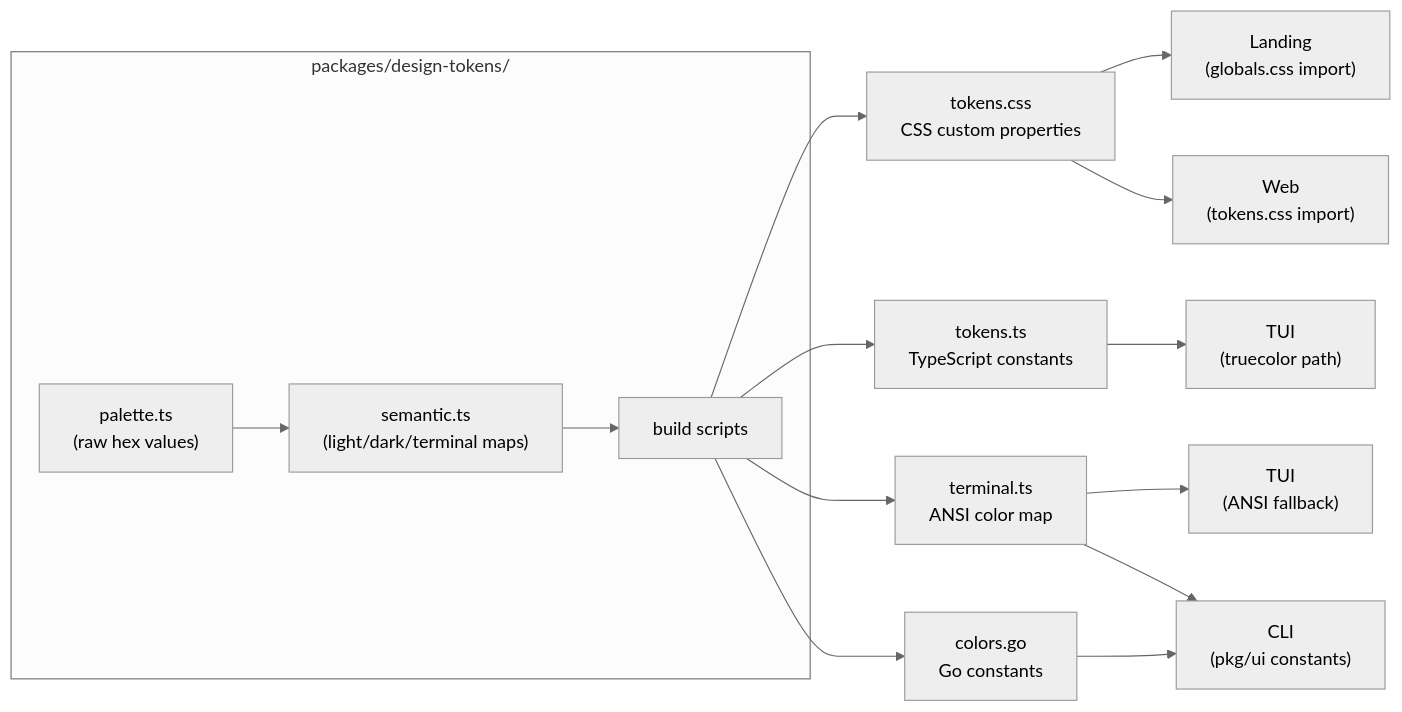
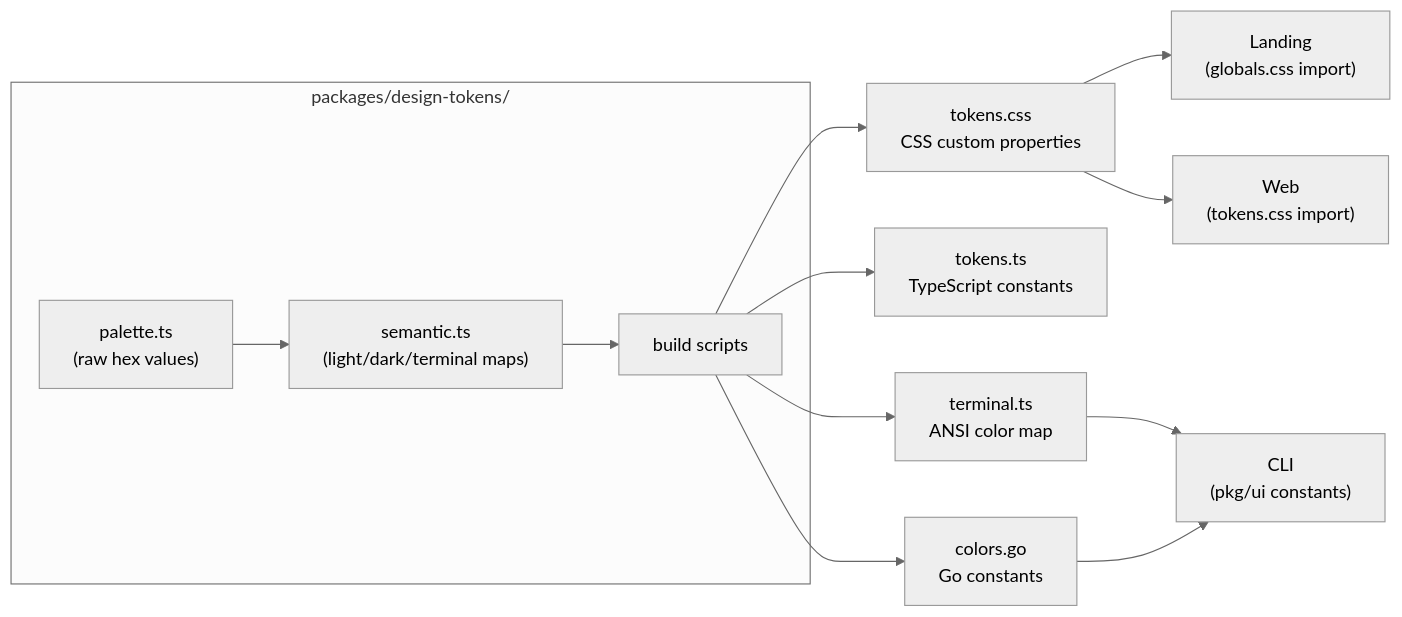
Before and after one commit to rpuneet/bc: the second of 4 diagrams in docs/explanation/design-system.md, drawn with Mermaid (neutral theme). The commit also changed other lines of this file and 59 other files, not shown here.

````diff
--- a/docs/explanation/design-system.md
+++ b/docs/explanation/design-system.md
@@ -212,23 +211,21 @@
 ```mermaid
 flowchart LR
     subgraph "packages/design-tokens/"
         PALETTE["palette.ts\n(raw hex values)"]
         SEMANTIC["semantic.ts\n(light/dark/terminal maps)"]
         BUILD["build scripts"]
     end
 
     PALETTE --> SEMANTIC
     SEMANTIC --> BUILD
 
     BUILD --> CSS["tokens.css\nCSS custom properties"]
     BUILD --> TS["tokens.ts\nTypeScript constants"]
     BUILD --> ANSI["terminal.ts\nANSI color map"]
     BUILD --> GO["colors.go\nGo constants"]
 
     CSS --> LANDING["Landing\n(globals.css import)"]
     CSS --> WEB["Web\n(tokens.css import)"]
-    TS --> TUI_HEX["TUI\n(truecolor path)"]
-    ANSI --> TUI_ANSI["TUI\n(ANSI fallback)"]
     ANSI --> CLI["CLI\n(pkg/ui constants)"]
     GO --> CLI
 ```
````
